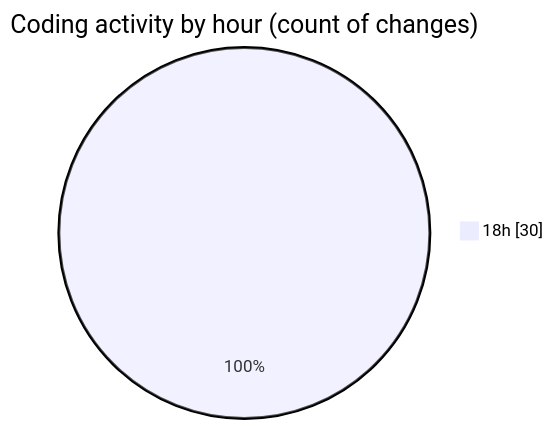
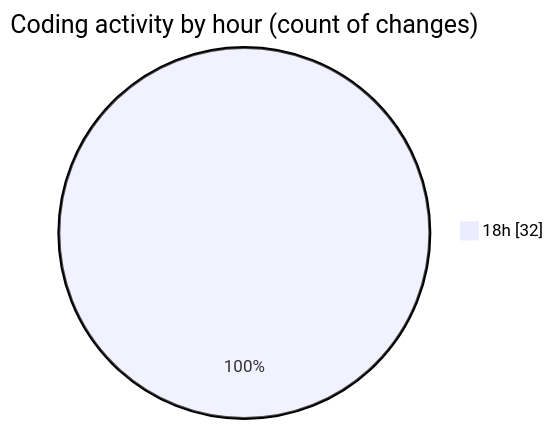
Before and after one commit to Netris89/code-tracking: the second of 2 diagrams in 2025-03-20/back-end/README.md, drawn with Mermaid. The commit also changed other lines of this file and 1 other file, not shown here.

````diff
--- a/2025-03-20/back-end/README.md
+++ b/2025-03-20/back-end/README.md
@@ -32,5 +32,5 @@
 ```mermaid
 pie showData
 title Coding activity by hour (count of changes)
-"18h" : 30
+"18h" : 32
 ```
````
